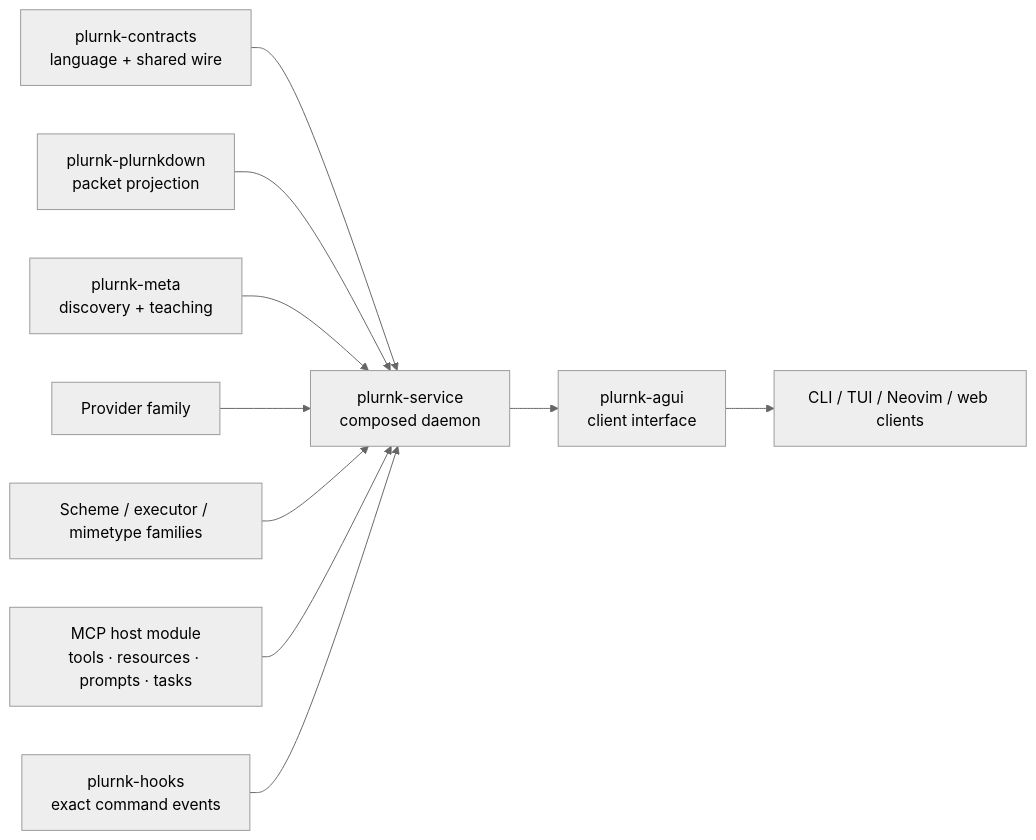
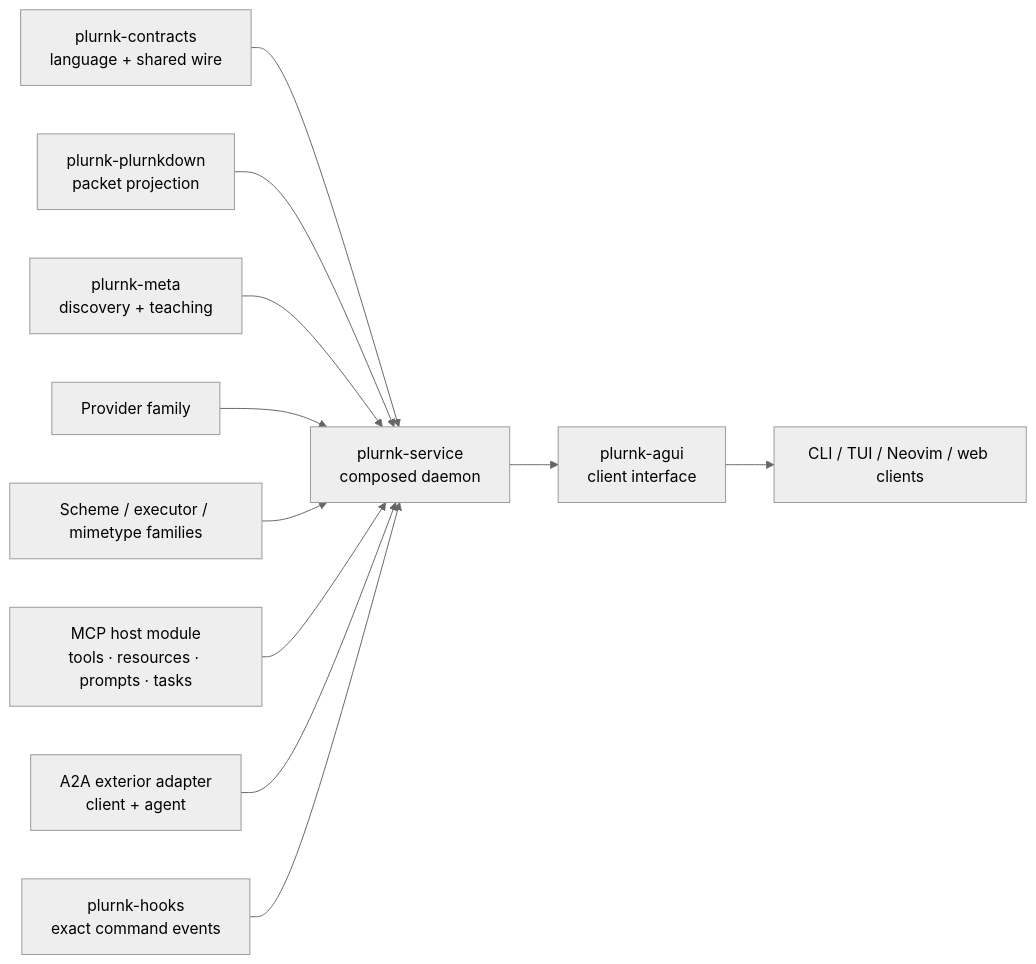
Before and after one commit to plurnk/plurnk-service: the second of 4 diagrams in ARCHITECTURE.md, drawn with Mermaid (neutral theme). The commit also changed other lines of this file and 1 other file, not shown here.

Commit message:
docs(a2a): document exterior agent composition (#258)

````diff
--- a/ARCHITECTURE.md
+++ b/ARCHITECTURE.md
@@ -32,13 +32,14 @@
 ```mermaid
 flowchart LR
     contracts["plurnk-contracts<br/>language + shared wire"] --> core
     packet["plurnk-plurnkdown<br/>packet projection"] --> core
     meta["plurnk-meta<br/>discovery + teaching"] --> core
     providers["Provider family"] --> core
     capabilities["Scheme / executor / mimetype families"] --> core
     mcp["MCP host module<br/>tools · resources · prompts · tasks"] --> core
+    a2a["A2A exterior adapter<br/>client + agent"] --> core
     hooks["plurnk-hooks<br/>exact command events"] --> core
     core["plurnk-service<br/>composed daemon"]
     core --> agui["plurnk-agui<br/>client interface"]
     agui --> clients["CLI / TUI / Neovim / web clients"]
 ```
````
